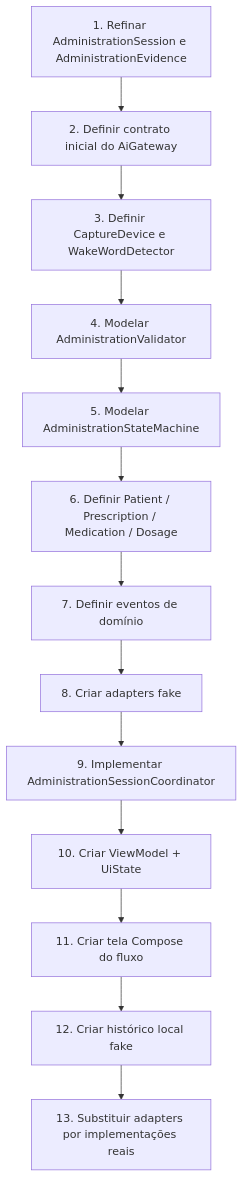
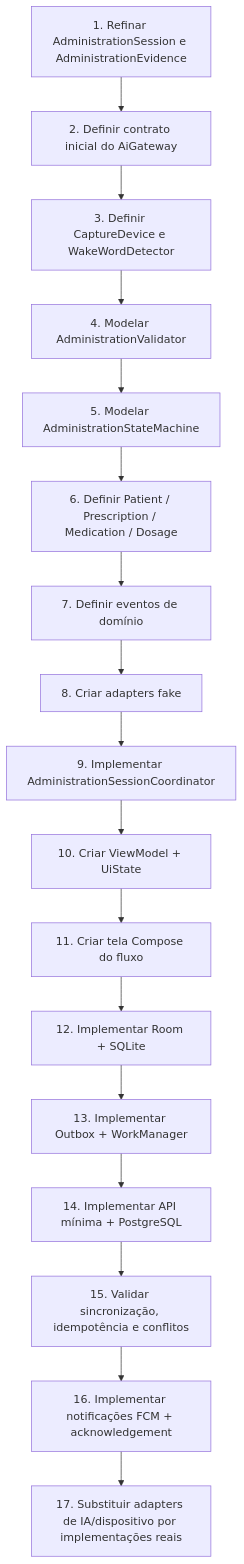
Diagram 23 of 26 in diagramas-mermaid.md (jaimejcs/CuidarAI), drawn with Mermaid before and after one commit. The commit also changed other lines of this file and 20 other files, not shown here.

````diff
--- a/diagramas-mermaid.md
+++ b/diagramas-mermaid.md
@@ -341,18 +623,22 @@
 ```mermaid
 flowchart TD
     S1[1. Refinar AdministrationSession e AdministrationEvidence]
     S2[2. Definir contrato inicial do AiGateway]
     S3[3. Definir CaptureDevice e WakeWordDetector]
     S4[4. Modelar AdministrationValidator]
     S5[5. Modelar AdministrationStateMachine]
     S6[6. Definir Patient / Prescription / Medication / Dosage]
     S7[7. Definir eventos de domínio]
     S8[8. Criar adapters fake]
     S9[9. Implementar AdministrationSessionCoordinator]
     S10[10. Criar ViewModel + UiState]
     S11[11. Criar tela Compose do fluxo]
-    S12[12. Criar histórico local fake]
-    S13[13. Substituir adapters por implementações reais]
+    S12[12. Implementar Room + SQLite]
+    S13[13. Implementar Outbox + WorkManager]
+    S14[14. Implementar API mínima + PostgreSQL]
+    S15[15. Validar sincronização, idempotência e conflitos]
+    S16[16. Implementar notificações FCM + acknowledgement]
+    S17[17. Substituir adapters de IA/dispositivo por implementações reais]
 
-    S1 --> S2 --> S3 --> S4 --> S5 --> S6 --> S7 --> S8 --> S9 --> S10 --> S11 --> S12 --> S13
+    S1 --> S2 --> S3 --> S4 --> S5 --> S6 --> S7 --> S8 --> S9 --> S10 --> S11 --> S12 --> S13 --> S14 --> S15 --> S16 --> S17
 ```
````
